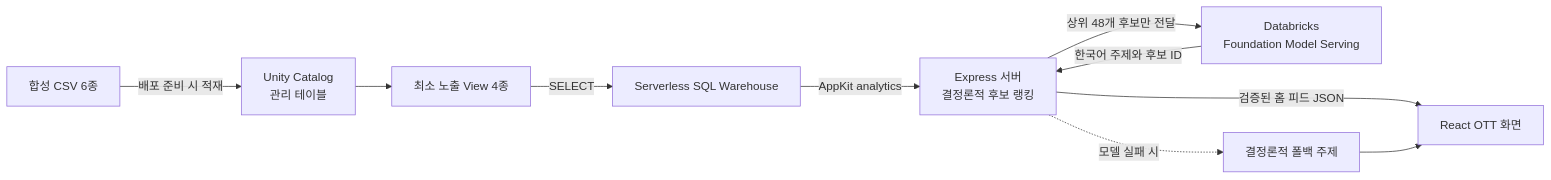
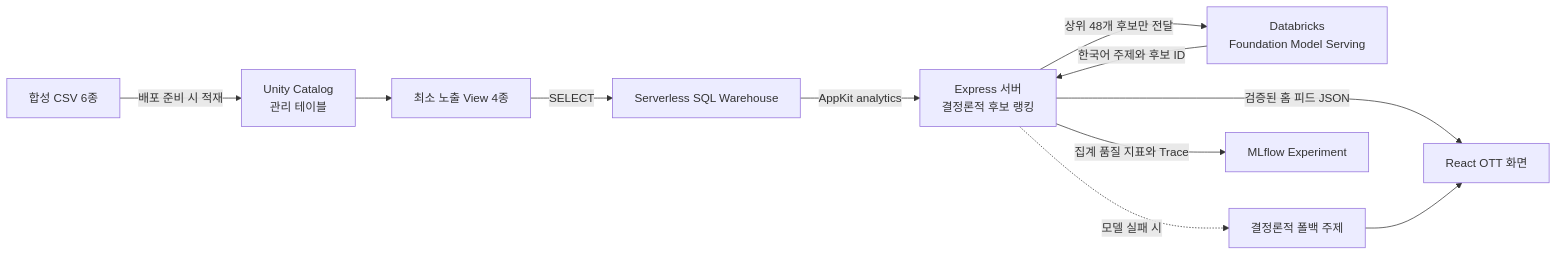
One commit to kentakang/databricks-tutorial-ott changed the diagram in docs/DATABRICKS_USAGE_KO.md. Above: the diagram before and after it, drawn with Mermaid. The commit also changed other lines of this file and 14 other files, not shown here.

````diff
--- a/docs/DATABRICKS_USAGE_KO.md
+++ b/docs/DATABRICKS_USAGE_KO.md
@@ -9,12 +9,13 @@
 ```mermaid
 flowchart LR
     A[합성 CSV 6종] -->|배포 준비 시 적재| B[Unity Catalog<br/>관리 테이블]
     B --> C[최소 노출 View 4종]
     C -->|SELECT| D[Serverless SQL Warehouse]
     D -->|AppKit analytics| E[Express 서버<br/>결정론적 후보 랭킹]
     E -->|상위 48개 후보만 전달| F[Databricks<br/>Foundation Model Serving]
     F -->|한국어 주제와 후보 ID| E
     E -->|검증된 홈 피드 JSON| G[React OTT 화면]
     E -.모델 실패 시.-> H[결정론적 폴백 주제]
     H --> G
+    E -->|집계 품질 지표와 Trace| I[MLflow Experiment]
 ```
````
